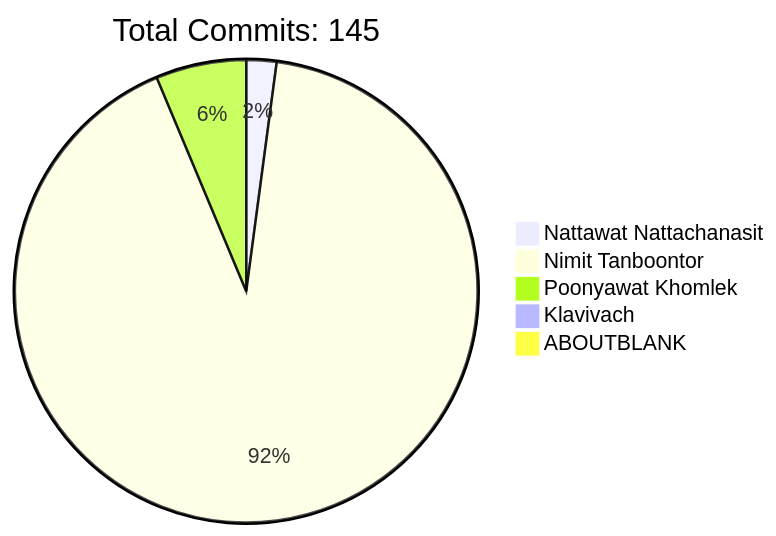
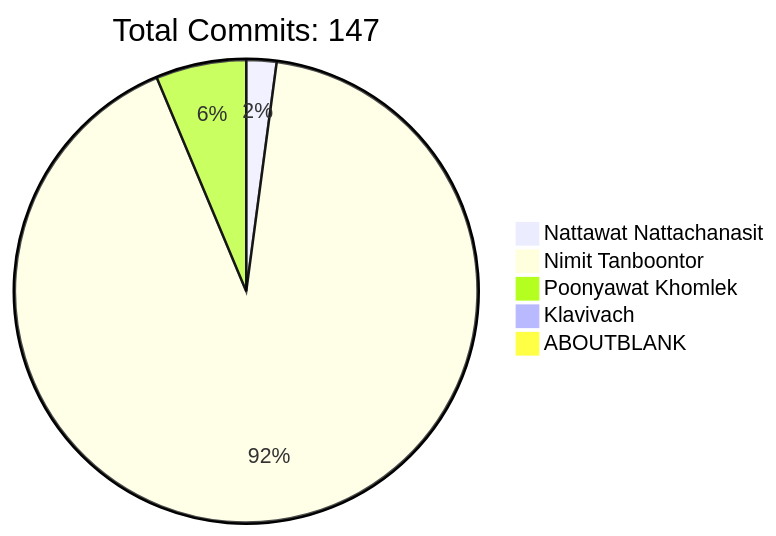
Before and after one commit to HLLC-MFU/HLLC-2025: the diagram in README.md, drawn with Mermaid. The commit also changed other lines of this file, not shown here.

````diff
--- a/README.md
+++ b/README.md
@@ -170,9 +170,9 @@
 ```mermaid
 pie
-    title Total Commits: 145
+    title Total Commits: 147
     "Nattawat Nattachanasit" : 2
     "Nimit Tanboontor" : 87
     "Poonyawat Khomlek" : 6
     "Klavivach" : 0
     "ABOUTBLANK" : 0
 ```
````
